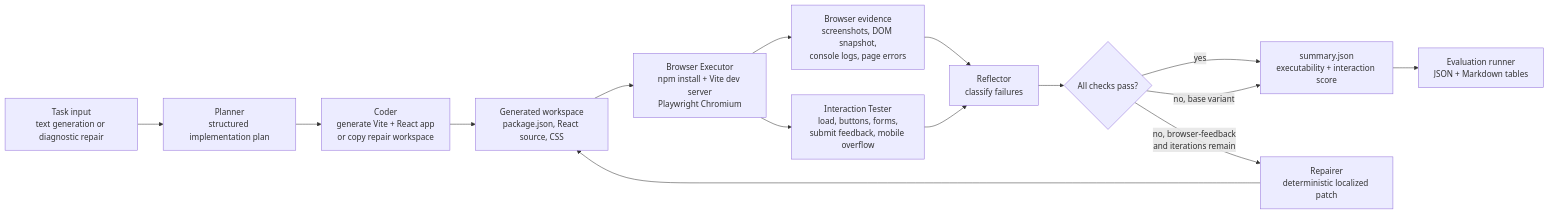
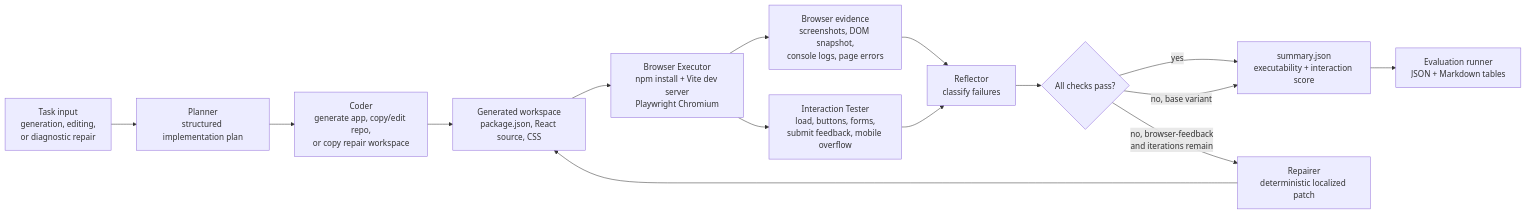
One commit to Duvi-M/WebPilot-Browser-Grounded-Multimodal-Web-Coding-Agent changed the diagram in README.md. Above: the diagram before and after it, drawn with Mermaid. The commit also changed other lines of this file and 36 other files, not shown here.

Commit message:
Add editing task type, OpenAI provider, and evaluation report with case studies

````diff
--- a/README.md
+++ b/README.md
@@ -15,21 +15,21 @@
 ```mermaid
 flowchart LR
-    task["Task input<br/>text generation or diagnostic repair"] --> planner["Planner<br/>structured implementation plan"]
-    planner --> coder["Coder<br/>generate Vite + React app<br/>or copy repair workspace"]
+    task["Task input<br/>generation, editing,<br/>or diagnostic repair"] --> planner["Planner<br/>structured implementation plan"]
+    planner --> coder["Coder<br/>generate app, copy/edit repo,<br/>or copy repair workspace"]
     coder --> workspace["Generated workspace<br/>package.json, React source, CSS"]
 
     workspace --> executor["Browser Executor<br/>npm install + Vite dev server<br/>Playwright Chromium"]
     executor --> evidence["Browser evidence<br/>screenshots, DOM snapshot,<br/>console logs, page errors"]
     executor --> tester["Interaction Tester<br/>load, buttons, forms,<br/>submit feedback, mobile overflow"]
 
     evidence --> reflector["Reflector<br/>classify failures"]
     tester --> reflector
 
     reflector --> decision{"All checks pass?"}
     decision -- "yes" --> summary["summary.json<br/>executability + interaction score"]
     decision -- "no, base variant" --> summary
     decision -- "no, browser-feedback<br/>and iterations remain" --> repairer["Repairer<br/>deterministic localized patch"]
     repairer --> workspace
 
     summary --> evaluation["Evaluation runner<br/>JSON + Markdown tables"]
 ```
````
